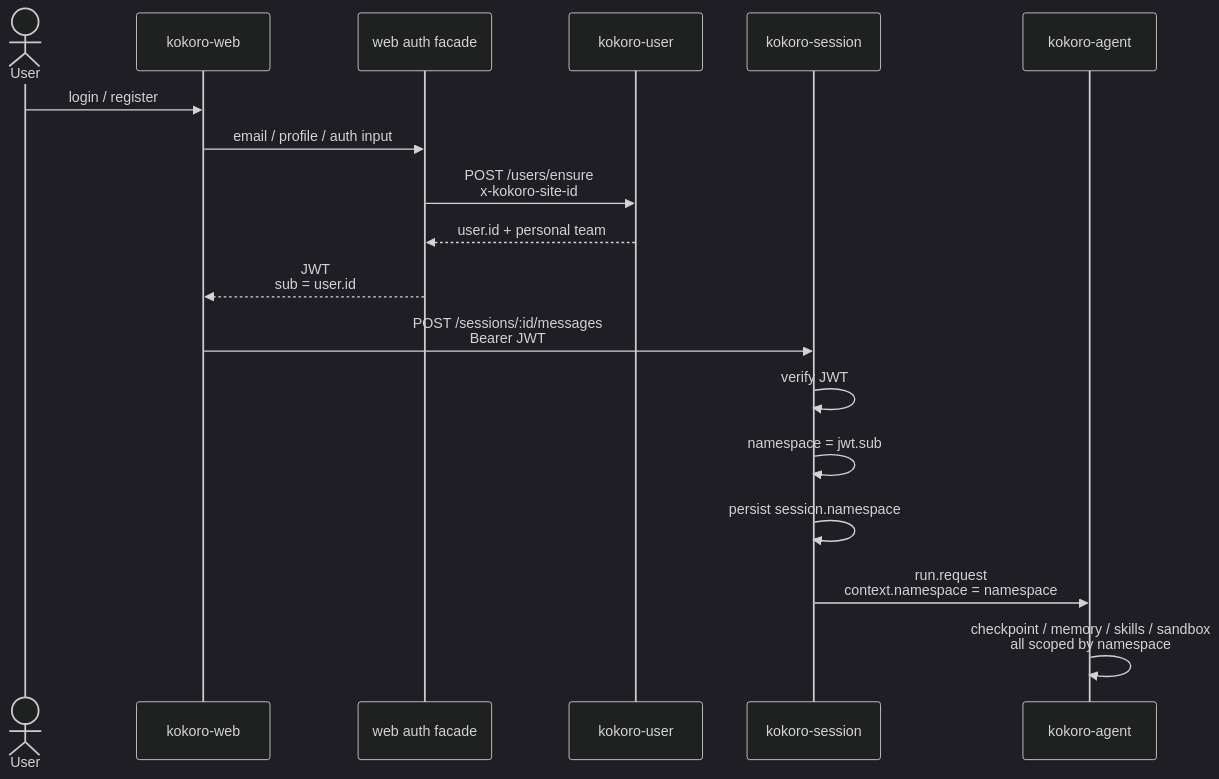
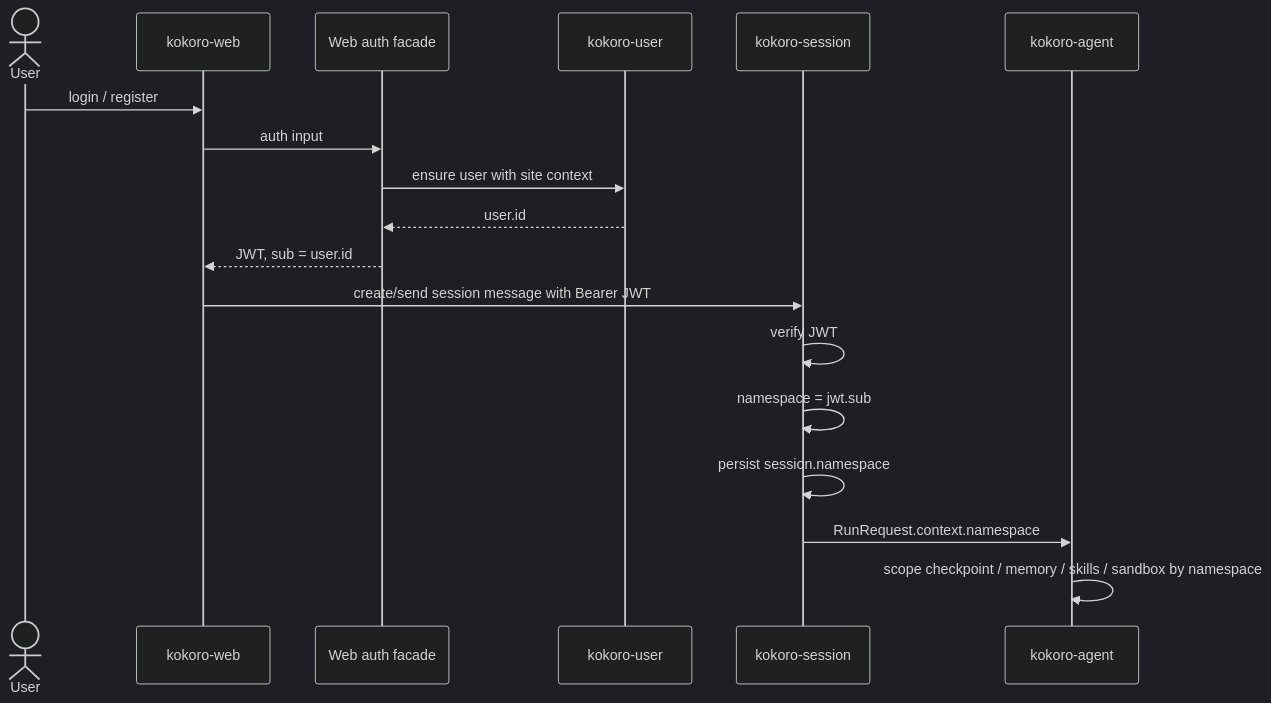
Before and after one commit to LordFoxFairy/Kokoro: the third of 8 diagrams in docs/superpowers/specs/2026-07-07-capability-namespace-auth-technical-plan.md, drawn with Mermaid (dark theme). The commit also changed other lines of this file and 3 other files, not shown here.

````diff
--- a/docs/superpowers/specs/2026-07-07-capability-namespace-auth-technical-plan.md
+++ b/docs/superpowers/specs/2026-07-07-capability-namespace-auth-technical-plan.md
@@ -124,21 +253,21 @@
 ```mermaid
 sequenceDiagram
   actor U as User
   participant W as kokoro-web
-  participant A as web auth facade
+  participant A as Web auth facade
   participant KU as kokoro-user
   participant S as kokoro-session
   participant GA as kokoro-agent
 
   U->>W: login / register
-  W->>A: email / profile / auth input
-  A->>KU: POST /users/ensure<br/>x-kokoro-site-id
-  KU-->>A: user.id + personal team
-  A-->>W: JWT<br/>sub = user.id
-  W->>S: POST /sessions/:id/messages<br/>Bearer JWT
+  W->>A: auth input
+  A->>KU: ensure user with site context
+  KU-->>A: user.id
+  A-->>W: JWT, sub = user.id
+  W->>S: create/send session message with Bearer JWT
   S->>S: verify JWT
   S->>S: namespace = jwt.sub
   S->>S: persist session.namespace
-  S->>GA: run.request<br/>context.namespace = namespace
-  GA->>GA: checkpoint / memory / skills / sandbox<br/>all scoped by namespace
+  S->>GA: RunRequest.context.namespace
+  GA->>GA: scope checkpoint / memory / skills / sandbox by namespace
 ```
````
